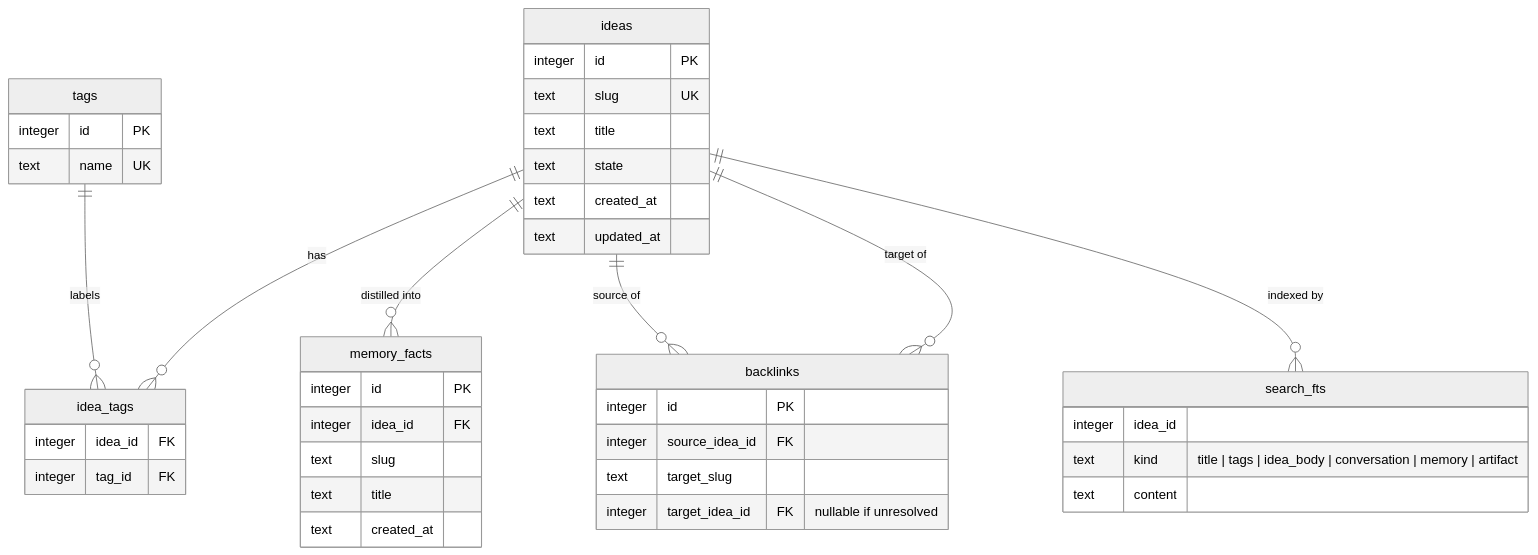
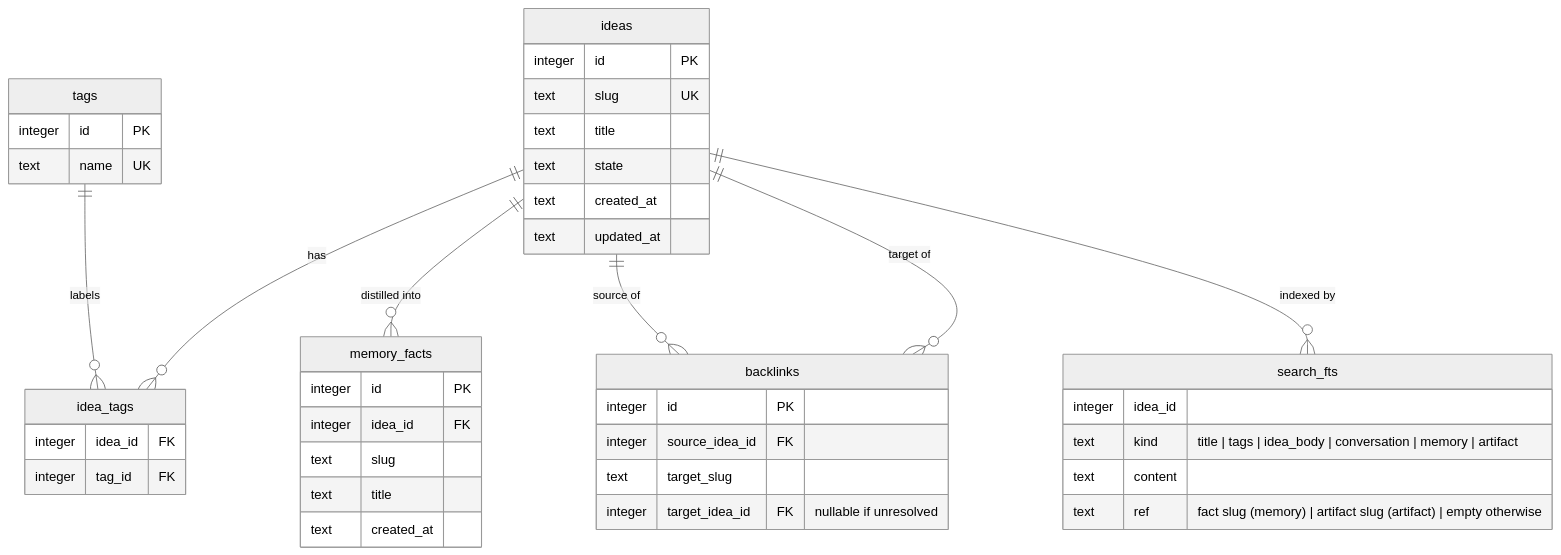
One commit to jasdian/idea-vault changed the third of 5 diagrams in docs/03-data-model.md. Above: the diagram before and after it, drawn with Mermaid (neutral theme). The commit also changed other lines of this file and 4 other files, not shown here.

````diff
--- a/docs/03-data-model.md
+++ b/docs/03-data-model.md
@@ -255,44 +255,45 @@
 ```mermaid
 erDiagram
     ideas ||--o{ idea_tags : has
     tags  ||--o{ idea_tags : labels
     ideas ||--o{ memory_facts : "distilled into"
     ideas ||--o{ backlinks : "source of"
     ideas ||--o{ backlinks : "target of"
     ideas ||--o{ search_fts : "indexed by"
 
     ideas {
         integer id PK
         text slug UK
         text title
         text state
         text created_at
         text updated_at
     }
     tags {
         integer id PK
         text name UK
     }
     idea_tags {
         integer idea_id FK
         integer tag_id FK
     }
     memory_facts {
         integer id PK
         integer idea_id FK
         text slug
         text title
         text created_at
     }
     backlinks {
         integer id PK
         integer source_idea_id FK
         text target_slug
         integer target_idea_id FK "nullable if unresolved"
     }
     search_fts {
         integer idea_id
         text kind "title | tags | idea_body | conversation | memory | artifact"
         text content
+        text ref "fact slug (memory) | artifact slug (artifact) | empty otherwise"
     }
 ```
````
